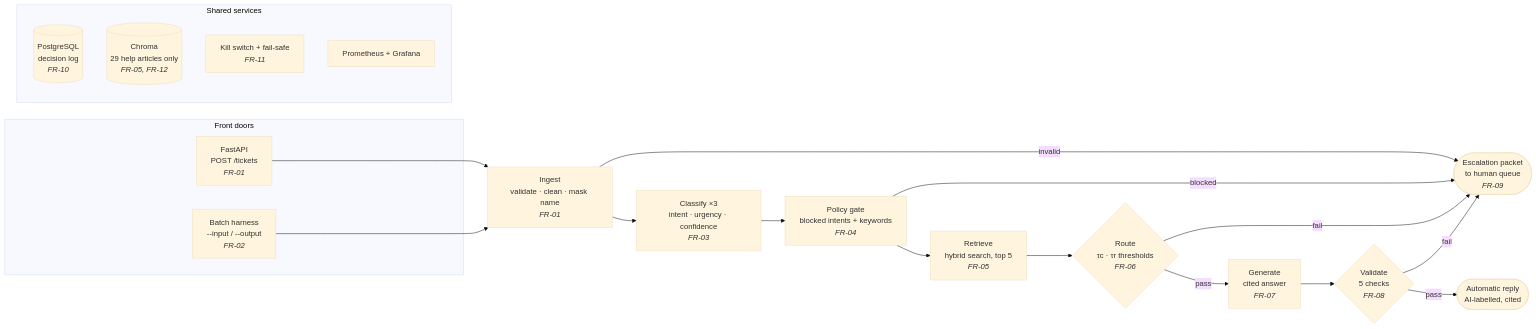
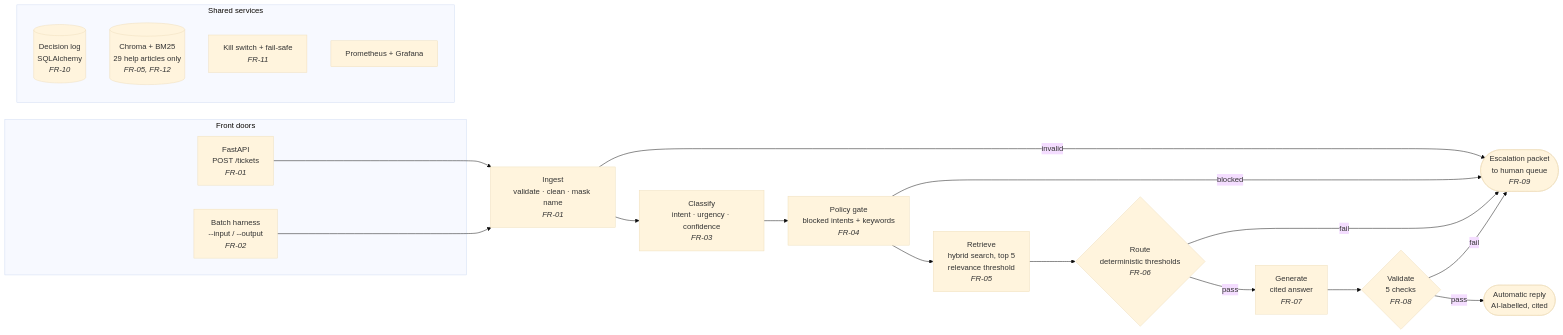
One commit to VishnuGettam/CloudServe-Support changed the diagram in README.md. Above: the diagram before and after it, drawn with Mermaid (base theme). The commit also changed other lines of this file, not shown here.

````diff
--- a/README.md
+++ b/README.md
@@ -76,35 +76,35 @@
 ```mermaid
 flowchart LR
     subgraph IN["Front doors"]
         API["FastAPI<br/>POST /tickets<br/><i>FR-01</i>"]
         HAR["Batch harness<br/>--input / --output<br/><i>FR-02</i>"]
     end
 
     ING["Ingest<br/>validate · clean · mask name<br/><i>FR-01</i>"]
     GATE["Policy gate<br/>blocked intents + keywords<br/><i>FR-04</i>"]
-    CLS["Classify ×3<br/>intent · urgency · confidence<br/><i>FR-03</i>"]
-    RET["Retrieve<br/>hybrid search, top 5<br/><i>FR-05</i>"]
-    ROUTE{"Route<br/>τc · τr thresholds<br/><i>FR-06</i>"}
+    CLS["Classify<br/>intent · urgency · confidence<br/><i>FR-03</i>"]
+    RET["Retrieve<br/>hybrid search, top 5<br/>relevance threshold<br/><i>FR-05</i>"]
+    ROUTE{"Route<br/>deterministic thresholds<br/><i>FR-06</i>"}
     GEN["Generate<br/>cited answer<br/><i>FR-07</i>"]
     VAL{"Validate<br/>5 checks<br/><i>FR-08</i>"}
     AUTO(["Automatic reply<br/>AI-labelled, cited"])
     ESC(["Escalation packet<br/>to human queue<br/><i>FR-09</i>"])
 
     API --> ING
     HAR --> ING
     ING -->|invalid| ESC
     ING --> CLS --> GATE
     GATE -->|blocked| ESC
     GATE --> RET --> ROUTE
     ROUTE -->|pass| GEN --> VAL
     ROUTE -->|fail| ESC
     VAL -->|pass| AUTO
     VAL -->|fail| ESC
 
     subgraph SHARED["Shared services"]
-        LOG[("PostgreSQL<br/>decision log<br/><i>FR-10</i>")]
-        KB[("Chroma<br/>29 help articles only<br/><i>FR-05, FR-12</i>")]
+        LOG[("Decision log<br/>SQLAlchemy<br/><i>FR-10</i>")]
+        KB[("Chroma + BM25<br/>29 help articles only<br/><i>FR-05, FR-12</i>")]
         KILL["Kill switch + fail-safe<br/><i>FR-11</i>"]
         MON["Prometheus + Grafana"]
     end
 ```
````
